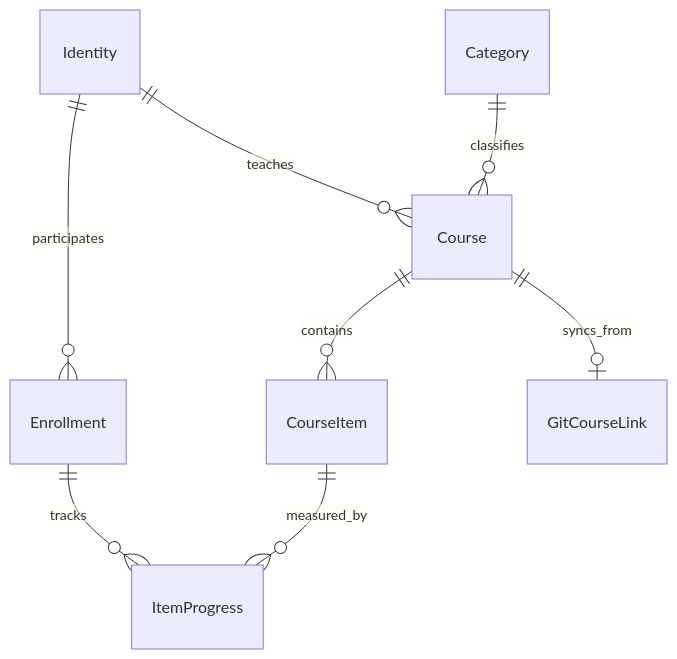
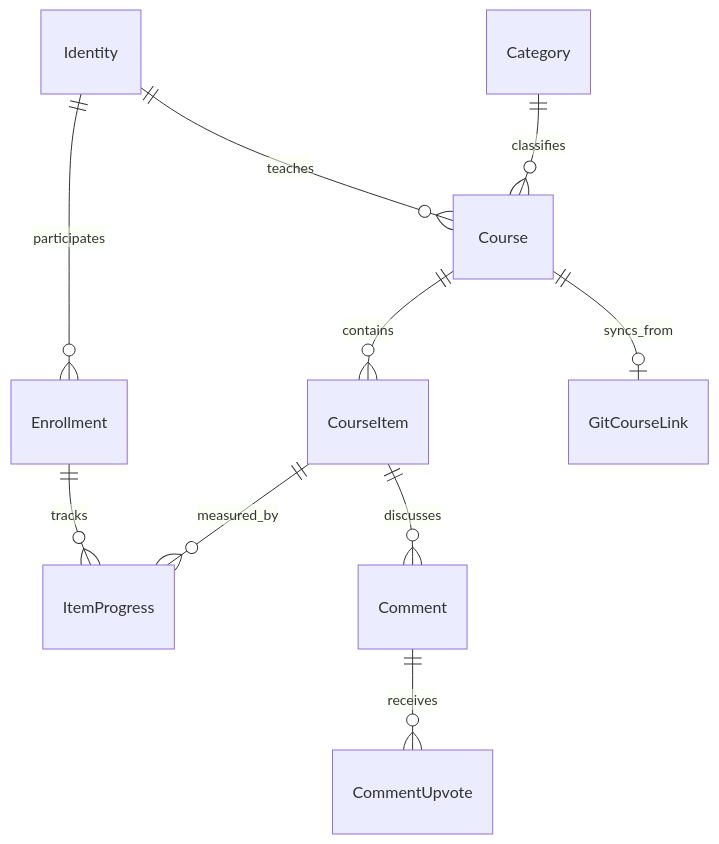
One commit to vepo/cursos changed the first of 2 diagrams in docs/domain-specification.md. Above: the diagram before and after it, drawn with Mermaid. The commit also changed other lines of this file and 224 other files, not shown here.

````diff
--- a/docs/domain-specification.md
+++ b/docs/domain-specification.md
@@ -15,10 +15,12 @@
 ```mermaid
 erDiagram
     Identity ||--o{ Course : teaches
     Identity ||--o{ Enrollment : participates
     Category ||--o{ Course : classifies
     Course ||--o{ CourseItem : contains
     Enrollment ||--o{ ItemProgress : tracks
     CourseItem ||--o{ ItemProgress : measured_by
+    CourseItem ||--o{ Comment : discusses
+    Comment ||--o{ CommentUpvote : receives
     Course ||--o| GitCourseLink : syncs_from
 ```
````
